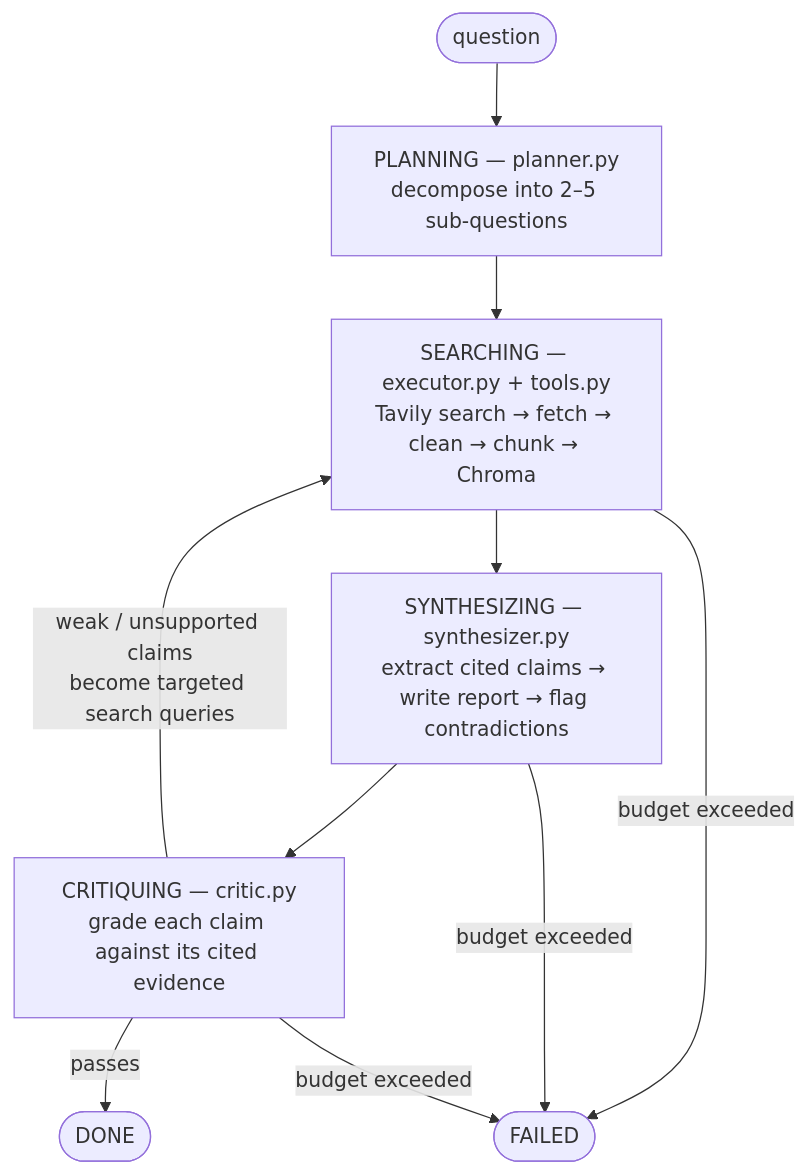
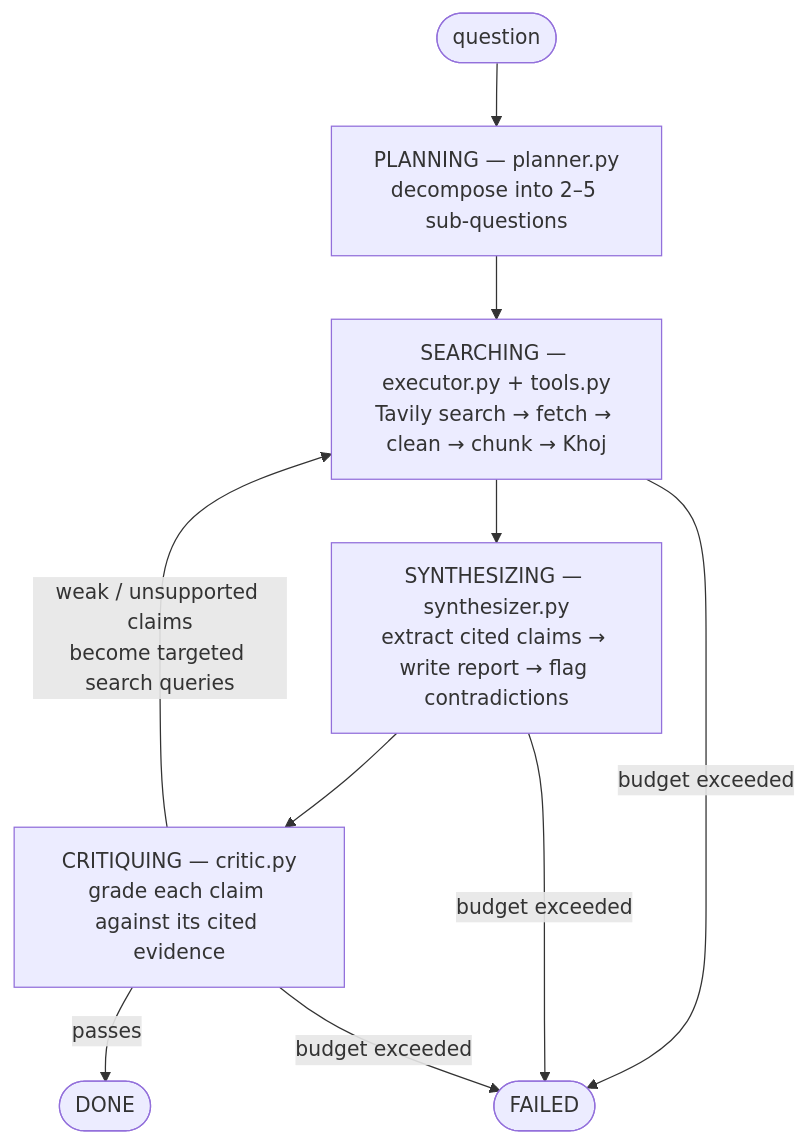
The diagram in README.md (Sia2005/shodh), drawn with Mermaid before and after one commit. The commit also changed other lines of this file and 4 other files, not shown here.

````diff
--- a/README.md
+++ b/README.md
@@ -18,10 +23,10 @@
 ```mermaid
 flowchart TD
     Q([question]) --> PLAN["PLANNING — planner.py<br/>decompose into 2–5 sub-questions"]
-    PLAN --> SEARCH["SEARCHING — executor.py + tools.py<br/>Tavily search → fetch → clean → chunk → Chroma"]
+    PLAN --> SEARCH["SEARCHING — executor.py + tools.py<br/>Tavily search → fetch → clean → chunk → Khoj"]
     SEARCH --> SYNTH["SYNTHESIZING — synthesizer.py<br/>extract cited claims → write report → flag contradictions"]
     SYNTH --> CRIT["CRITIQUING — critic.py<br/>grade each claim against its cited evidence"]
     CRIT -- "weak / unsupported claims<br/>become targeted search queries" --> SEARCH
     CRIT -- passes --> DONE([DONE])
     SEARCH & SYNTH & CRIT -- budget exceeded --> FAIL([FAILED])
 ```
````
